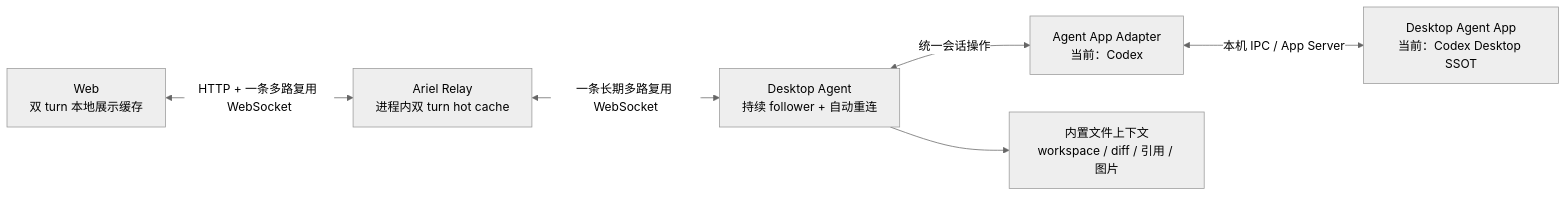
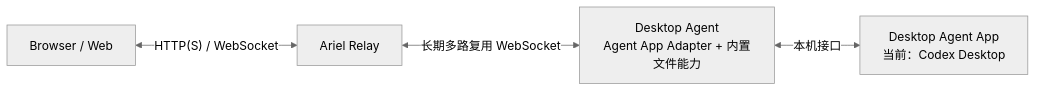
One commit to wu8685/Ariel changed the diagram in README.md. Above: the diagram before and after it, drawn with Mermaid (neutral theme). The commit also changed other lines of this file and 10 other files, not shown here.

````diff
--- a/README.md
+++ b/README.md
@@ -33,8 +29,6 @@
 ```mermaid
 flowchart LR
-  Browser["Web<br/>双 turn 本地展示缓存"] <-->|HTTP + 一条多路复用 WebSocket| Relay["Ariel Relay<br/>进程内双 turn hot cache"]
-  Relay <-->|一条长期多路复用 WebSocket| Agent["Desktop Agent<br/>持续 follower + 自动重连"]
-  Agent <-->|统一会话操作| Adapter["Agent App Adapter<br/>当前：Codex"]
-  Adapter <-->|本机 IPC / App Server| App["Desktop Agent App<br/>当前：Codex Desktop SSOT"]
-  Agent --> Files["内置文件上下文<br/>workspace / diff / 引用 / 图片"]
+  Browser["Browser / Web"] <-->|"HTTP(S) / WebSocket"| Relay["Ariel Relay"]
+  Relay <-->|长期多路复用 WebSocket| Agent["Desktop Agent<br/>Agent App Adapter + 内置文件能力"]
+  Agent <-->|本机接口| App["Desktop Agent App<br/>当前：Codex Desktop"]
 ```
````
